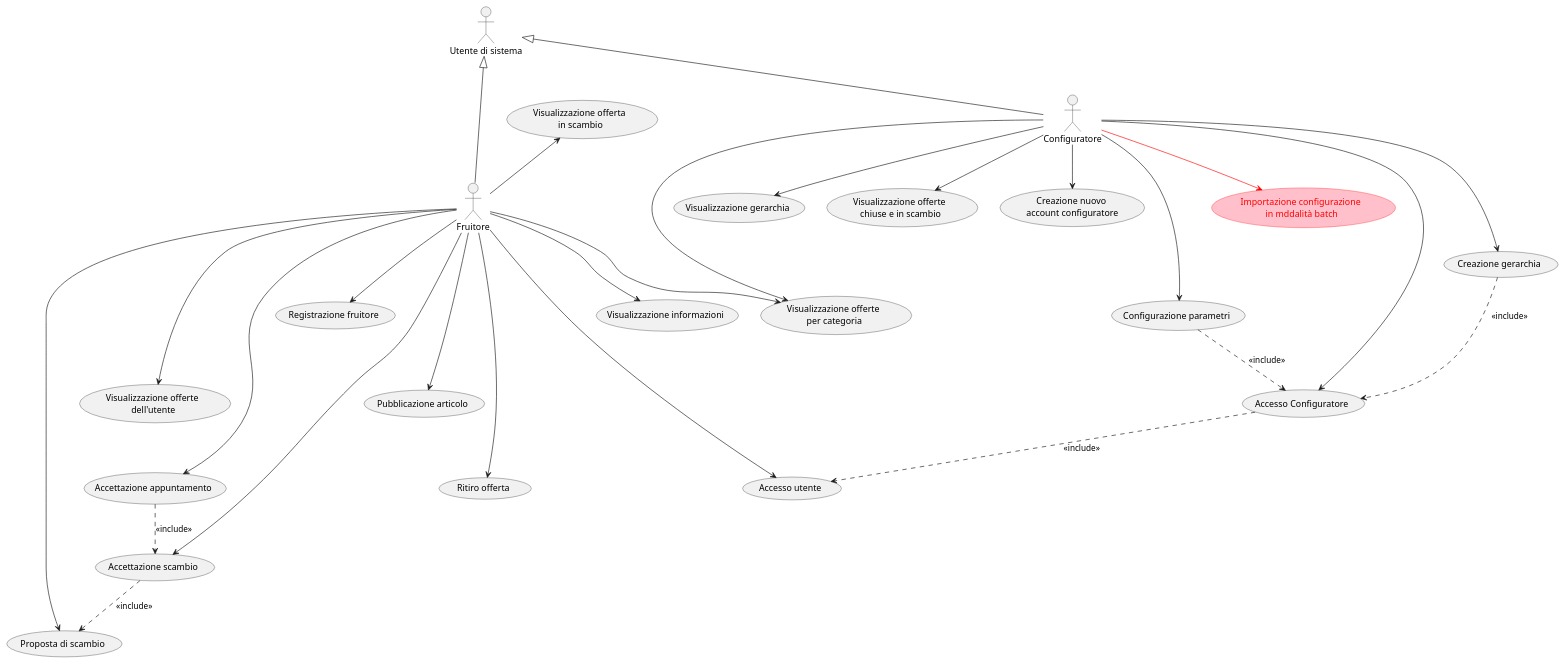
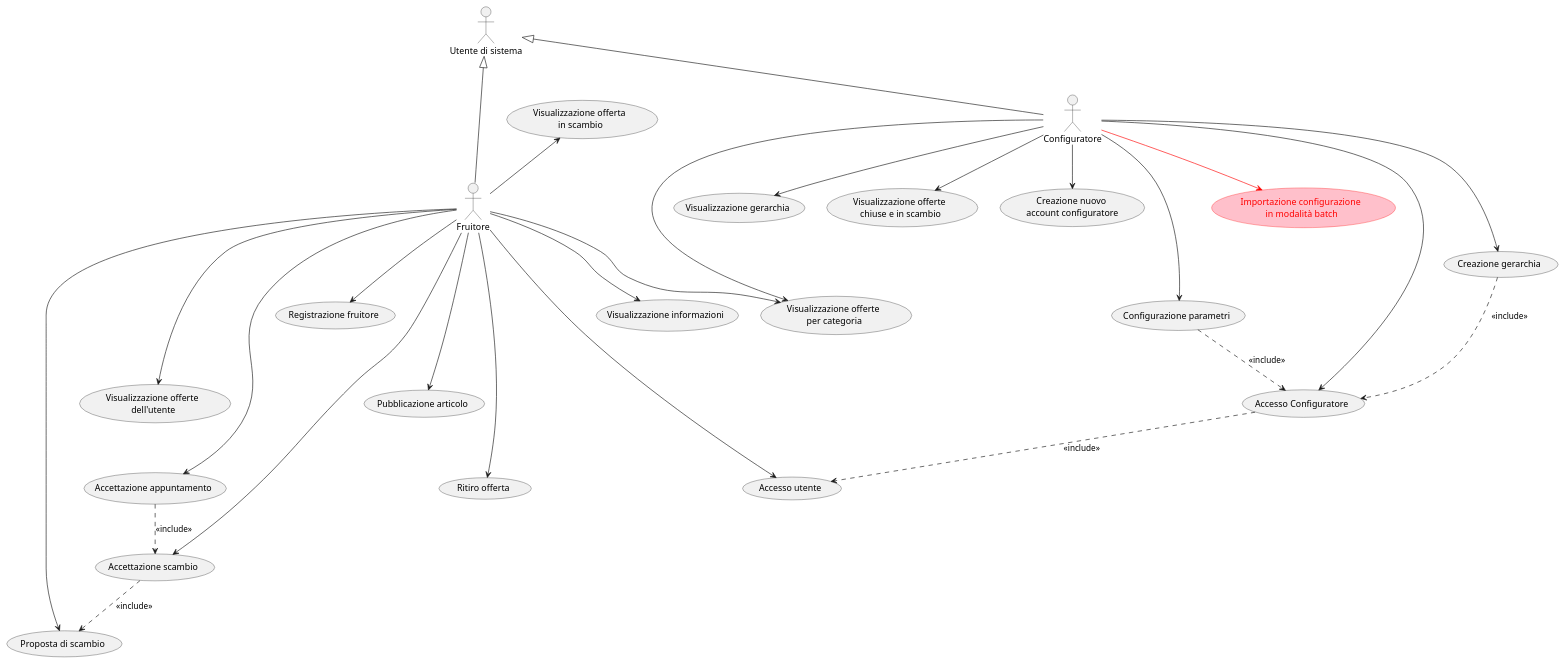
One commit to Matlice/ing_sw_2022 changed the diagram in DOC/VER5/diagrams/use_case/version_5.puml. Above: the diagram before and after it, drawn with PlantUML. The commit also changed 1 other file, not shown here.

```diff
--- a/DOC/VER5/diagrams/use_case/version_5.puml
+++ b/DOC/VER5/diagrams/use_case/version_5.puml
@@ -1,68 +1,68 @@
 @startuml
 
 :Utente di sistema: as user
 :Configuratore: as conf
 
 conf -up-|> user
 conf --> (Accesso Configuratore)
 conf --> (Creazione gerarchia)
 
 conf --> (Creazione nuovo \naccount configuratore)
 
 conf --> (Visualizzazione gerarchia)
 
 (Accesso Configuratore) ..> (Accesso utente): <<include>>
 (Creazione gerarchia) ..> (Accesso Configuratore): <<include>>
 
 :Fruitore: as fruit
 
 fruit -up-|> user
 
 (Configurazione parametri)
 (Registrazione fruitore)
 
 conf --> (Configurazione parametri)
 fruit --> (Registrazione fruitore)
 fruit --> (Accesso utente)
 (Configurazione parametri) ..> (Accesso Configuratore) : <<include>>
 
 fruit --> (Pubblicazione articolo)
 fruit --> (Ritiro offerta)
 fruit --> (Visualizzazione offerte \nper categoria)
 conf --> (Visualizzazione offerte \nper categoria)
 fruit --> (Visualizzazione informazioni)
 fruit --> (Visualizzazione offerte \ndell'utente)
 
 (Proposta di scambio)
 (Accettazione scambio)
 (Accettazione appuntamento)
 (Visualizzazione offerta \nin scambio)
 (Visualizzazione offerte \nchiuse e in scambio)
 
 fruit --> (Proposta di scambio)
 fruit --> (Accettazione scambio)
 fruit --> (Accettazione appuntamento)
 fruit -up-> (Visualizzazione offerta \nin scambio)
 conf --> (Visualizzazione offerte \nchiuse e in scambio)
 
 (Accettazione appuntamento) ..> (Accettazione scambio) : <<include>>
 (Accettazione scambio) ..> (Proposta di scambio) : <<include>>
 
 (Visualizzazione offerte \nchiuse e in scambio) -[hidden]- (Visualizzazione offerte \nper categoria)
 (Registrazione fruitore) -[hidden]- (Pubblicazione articolo)
 (Pubblicazione articolo) -[hidden]- (Ritiro offerta)
 (Registrazione fruitore) -[hidden]- (Visualizzazione offerte \ndell'utente)
 (Accettazione appuntamento) -[hidden]- (Visualizzazione offerte \ndell'utente)
 
 'VERSIONE 5 ==========================================
 
-(Importazione configurazione \nin mddalità batch) #pink;line:red;text:red
+(Importazione configurazione \nin modalità batch) #pink;line:red;text:red
 
-conf --> (Importazione configurazione \nin mddalità batch) #red;text:red
+conf --> (Importazione configurazione \nin modalità batch) #red;text:red
 
 (Visualizzazione offerte \ndell'utente) -[hidden]- (Accettazione appuntamento)
 (Creazione nuovo \naccount configuratore) -[hidden]- (Configurazione parametri)
-'(Creazione nuovo \naccount configuratore) -[hidden]- (Importazione configurazione \nin mddalità batch)
+'(Creazione nuovo \naccount configuratore) -[hidden]- (Importazione configurazione \nin modalità batch)
 
 
 @enduml
```
